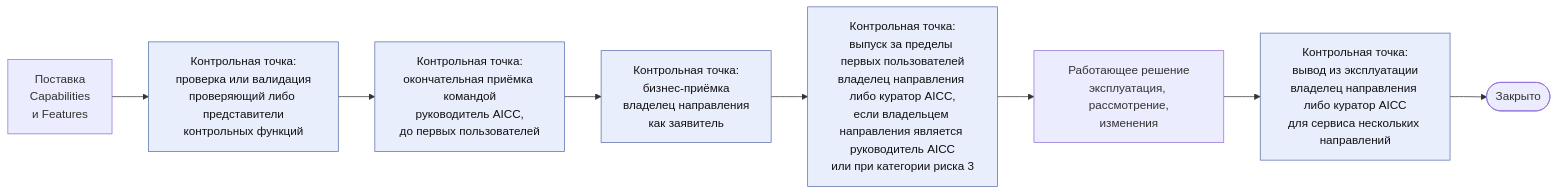
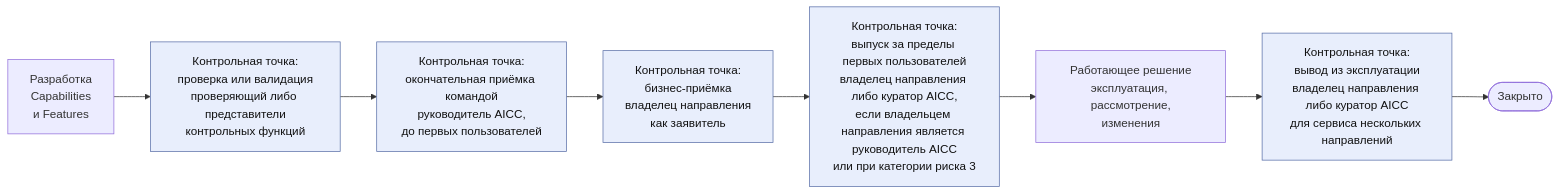
Before and after one commit to devhogu/ob-aicc: the third of 5 diagrams in charter/ru/guides/service-delivery-guide.md, drawn with Mermaid. The commit also changed other lines of this file and 142 other files, not shown here.

First line of the commit message:
Russian edition: «поставка» replaced by context (оказание услуг, разработка и внедрение, разработка, после внедрения); Cadence is «расписание работы»

````diff
--- a/charter/ru/guides/service-delivery-guide.md
+++ b/charter/ru/guides/service-delivery-guide.md
@@ -63,12 +63,12 @@
 ```mermaid
 flowchart LR
-  DV["Поставка<br/>Capabilities<br/>и Features"] --> G4["Контрольная точка:<br/>проверка или валидация<br/>проверяющий либо представители<br/>контрольных функций"]
+  DV["Разработка<br/>Capabilities<br/>и Features"] --> G4["Контрольная точка:<br/>проверка или валидация<br/>проверяющий либо представители<br/>контрольных функций"]
   G4 --> G4B["Контрольная точка:<br/>окончательная приёмка командой<br/>руководитель AICC,<br/>до первых пользователей"]
   G4B --> G5["Контрольная точка:<br/>бизнес-приёмка<br/>владелец направления<br/>как заявитель"]
   G5 --> G6["Контрольная точка:<br/>выпуск за пределы первых пользователей<br/>владелец направления либо куратор AICC,<br/>если владельцем направления является руководитель AICC<br/>или при категории риска 3"]
   G6 --> LV["Работающее решение<br/>эксплуатация, рассмотрение,<br/>изменения"]
   LV --> G7["Контрольная точка:<br/>вывод из эксплуатации<br/>владелец направления либо куратор AICC<br/>для сервиса нескольких направлений"]
   G7 --> CL(["Закрыто"])
   classDef gate fill:#e8eefc,stroke:#5a6fa8,color:#111
   class G4,G4B,G5,G6,G7 gate
 ```
````
